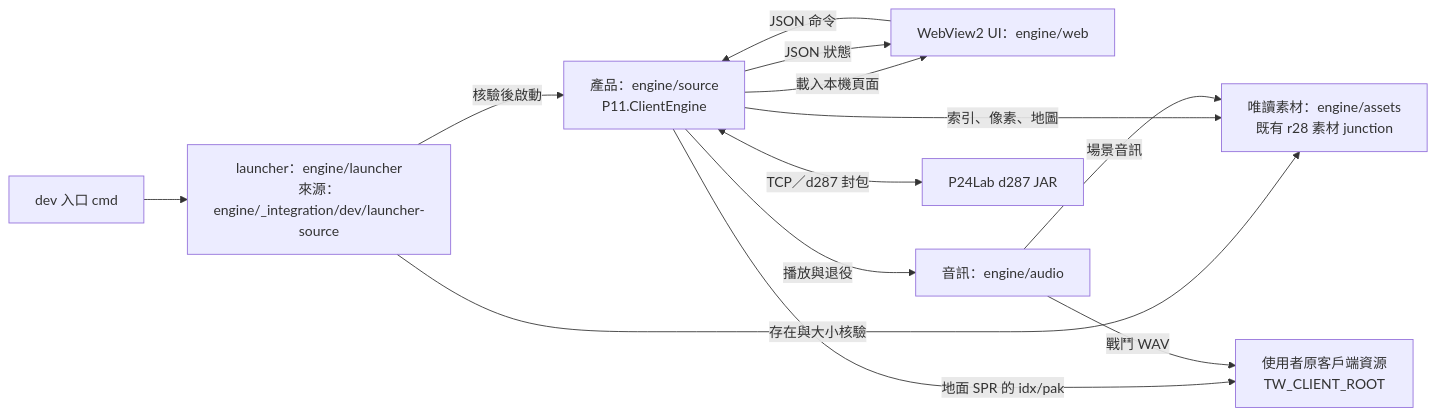
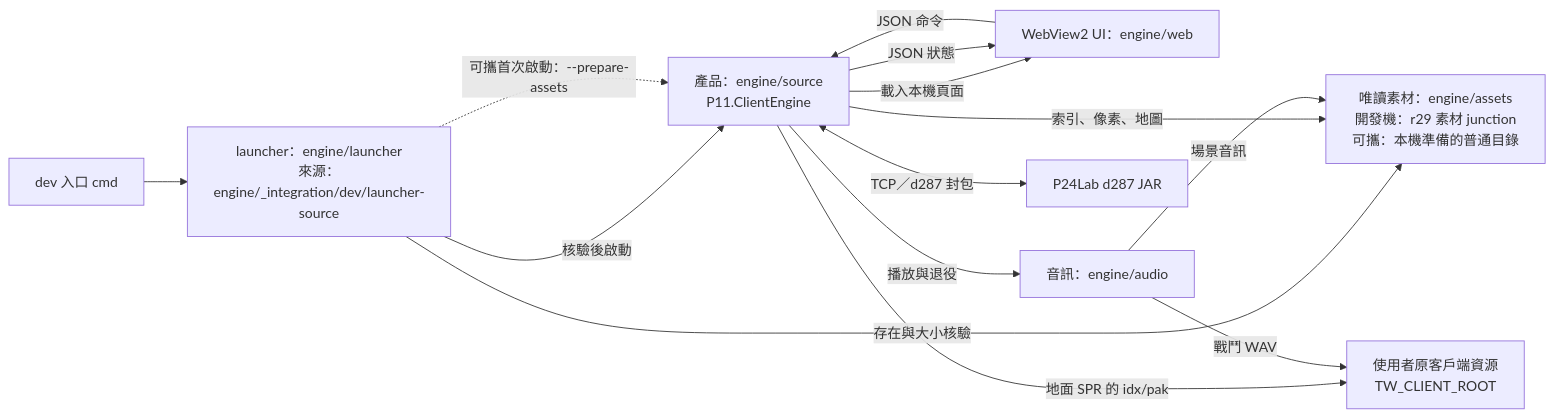
The diagram in docs/ARCHITECTURE.md (chaoren0418-arch/tw-bin-engine), drawn with Mermaid before and after one commit. The commit also changed other lines of this file and 6 other files, not shown here.

Commit message:
task #1058: T473 可攜版 README、入口 TW_CLIENT_ROOT／TW_ENGINE_ROOT、BUILD／ARCHITECTURE 同步、README 訊息與程式一致性檢查

````diff
--- a/docs/ARCHITECTURE.md
+++ b/docs/ARCHITECTURE.md
@@ -13,15 +13,16 @@
 ```mermaid
 flowchart LR
     E["dev 入口 cmd"] --> L["launcher：engine/launcher<br/>來源：engine/_integration/dev/launcher-source"]
     L -->|核驗後啟動| C["產品：engine/source<br/>P11.ClientEngine"]
     C -->|載入本機頁面| W["WebView2 UI：engine/web"]
     W -->|JSON 命令| C
     C -->|JSON 狀態| W
     C -->|播放與退役| A["音訊：engine/audio"]
-    L -->|存在與大小核驗| R["唯讀素材：engine/assets<br/>既有 r28 素材 junction"]
+    L -->|存在與大小核驗| R["唯讀素材：engine/assets<br/>開發機：r29 素材 junction<br/>可攜：本機準備的普通目錄"]
+    L -.->|可攜首次啟動：--prepare-assets| C
     C -->|索引、像素、地圖| R
     A -->|場景音訊| R
     C -->|地面 SPR 的 idx/pak| X["使用者原客戶端資源<br/>TW_CLIENT_ROOT"]
     A -->|戰鬥 WAV| X
     C <-->|TCP／d287 封包| S["P24Lab d287 JAR"]
 ```
````
